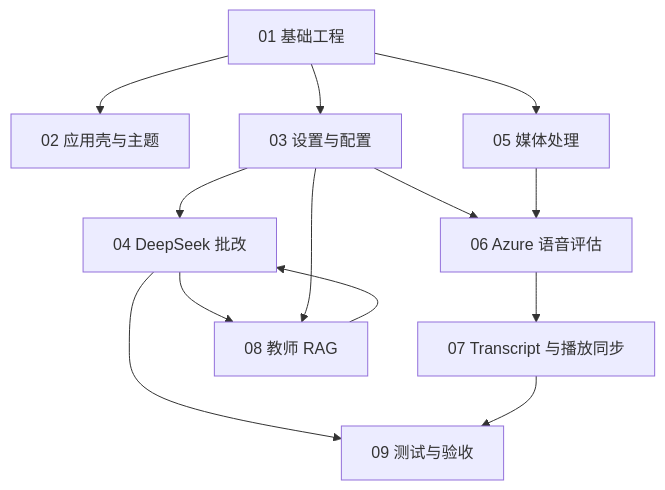
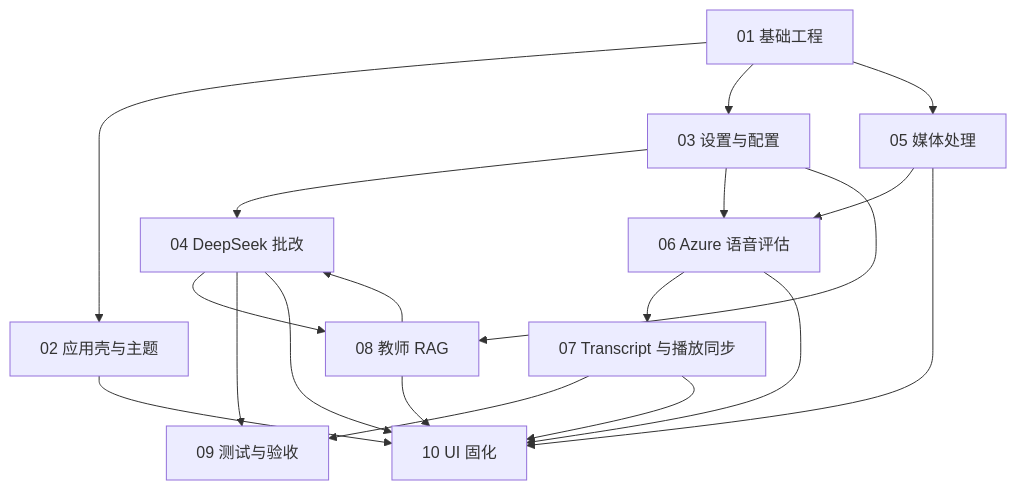
Before and after one commit to wHaleCircus27/ielts-speaking-test-copilot: the diagram in docs/development/README.md, drawn with Mermaid. The commit also changed other lines of this file and 10 other files, not shown here.

````diff
--- a/docs/development/README.md
+++ b/docs/development/README.md
@@ -33,15 +36,21 @@
 ```mermaid
 flowchart TD
   A["01 基础工程"] --> B["02 应用壳与主题"]
   A --> C["03 设置与配置"]
   C --> D["04 DeepSeek 批改"]
   A --> E["05 媒体处理"]
   C --> F["06 Azure 语音评估"]
   E --> F
   F --> G["07 Transcript 与播放同步"]
   D --> H["08 教师 RAG"]
   C --> H
   H --> D
   D --> I["09 测试与验收"]
   G --> I
+  B --> J["10 UI 固化"]
+  D --> J
+  E --> J
+  F --> J
+  G --> J
+  H --> J
 ```
````
